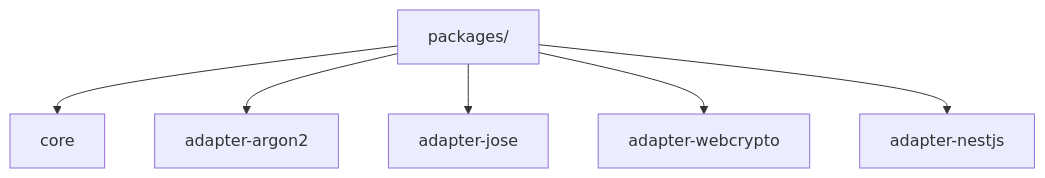
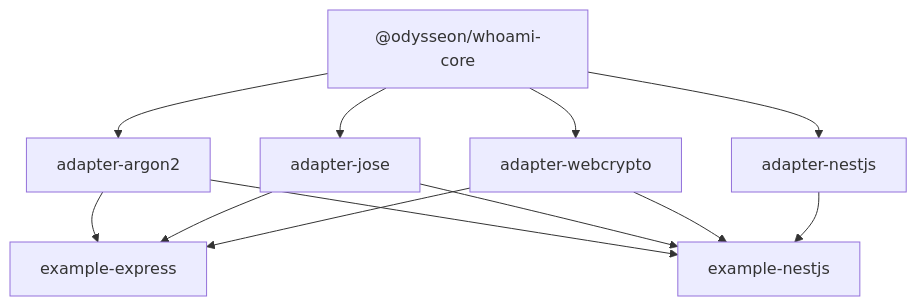
One commit to odysseon/whoami changed the diagram in packages/README.md. Above: the diagram before and after it, drawn with Mermaid. The commit also changed other lines of this file and 29 other files, not shown here.

First line of the commit message:
feat(example): add NestJS example app and improve Express example

````diff
--- a/packages/README.md
+++ b/packages/README.md
@@ -3,8 +3,14 @@
 ```mermaid
 graph TD
-    Packages["packages/"] --> Core["core"]
-    Packages --> Argon2["adapter-argon2"]
-    Packages --> Jose["adapter-jose"]
-    Packages --> WebCrypto["adapter-webcrypto"]
-    Packages --> Nest["adapter-nestjs"]
+    Core["@odysseon/whoami-core"] --> Argon2["adapter-argon2"]
+    Core --> Jose["adapter-jose"]
+    Core --> WebCrypto["adapter-webcrypto"]
+    Core --> NestJS["adapter-nestjs"]
+    Argon2 --> ExExpress["example-express"]
+    Jose --> ExExpress
+    WebCrypto --> ExExpress
+    Argon2 --> ExNest["example-nestjs"]
+    Jose --> ExNest
+    WebCrypto --> ExNest
+    NestJS --> ExNest
 ```
````
